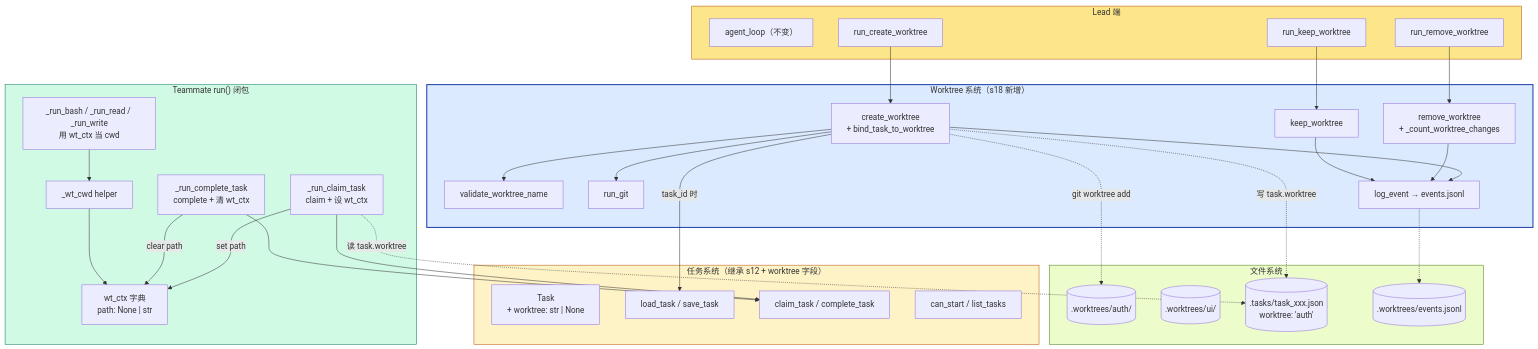
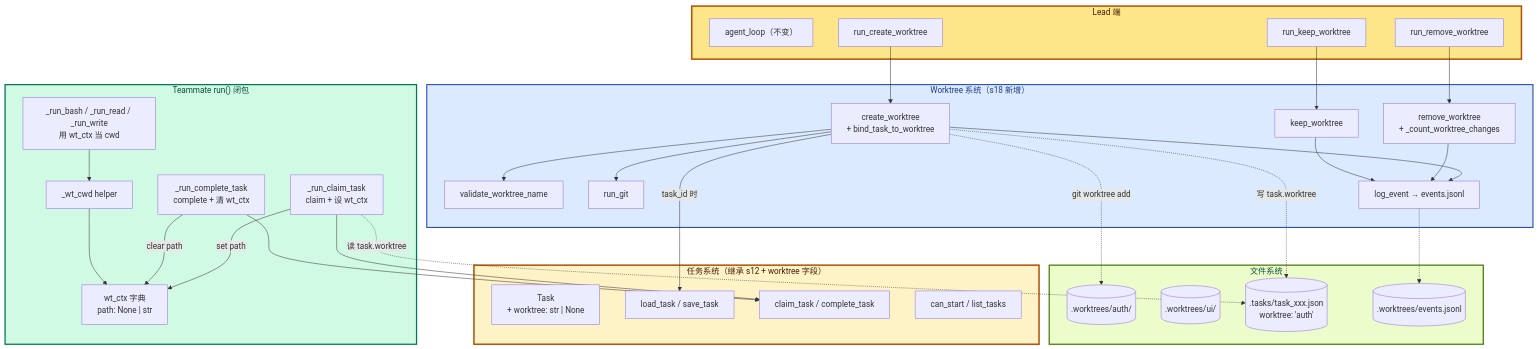
Before and after one commit to PyrePuin/From-Zero-LLM-Agent-Infra-Notes: the third of 4 diagrams in Agent/Harness/Claude Code/Phase 5 - 多智能体/18 - Worktree Isolation.md, drawn with Mermaid. The commit also changed other lines of this file and 23 other files, not shown here.

First line of the commit message:
refactor(mermaid): 统一所有图的视觉规范

````diff
--- a/Agent/Harness/Claude Code/Phase 5 - 多智能体/18 - Worktree Isolation.md
+++ b/Agent/Harness/Claude Code/Phase 5 - 多智能体/18 - Worktree Isolation.md
@@ -342,69 +344,70 @@
 ```mermaid
+%%{init: {'themeVariables': {'fontSize': '16px', 'fontFamily': 'ui-sans-serif, system-ui, -apple-system, "Segoe UI", Roboto, sans-serif'}}}%%
 flowchart TB
     subgraph TaskSys["任务系统（继承 s12 + worktree 字段）"]
         T1["Task<br/>+ worktree: str | None"]
         T2["load_task / save_task"]
         T3["claim_task / complete_task"]
         T4["can_start / list_tasks"]
     end
 
     subgraph WTSys["Worktree 系统（s18 新增）"]
         W1["validate_worktree_name"]
         W2["run_git"]
         W3["create_worktree<br/>+ bind_task_to_worktree"]
         W4["remove_worktree<br/>+ _count_worktree_changes"]
         W5["keep_worktree"]
         W6["log_event → events.jsonl"]
     end
 
     subgraph Lead["Lead 端"]
         L1["agent_loop（不变）"]
         L2["run_create_worktree"]
         L3["run_remove_worktree"]
         L4["run_keep_worktree"]
     end
 
     subgraph Teammate["Teammate run() 闭包"]
         R1["wt_ctx 字典<br/>path: None | str"]
         R2["_run_claim_task<br/>claim + 设 wt_ctx"]
         R3["_run_complete_task<br/>complete + 清 wt_ctx"]
         R4["_run_bash / _run_read / _run_write<br/>用 wt_ctx 当 cwd"]
         R5["_wt_cwd helper"]
     end
 
     subgraph FS["文件系统"]
         F1[(".worktrees/auth/")]
         F2[(".worktrees/ui/")]
         F3[(".tasks/task_xxx.json<br/>worktree: 'auth'")]
         F4[(".worktrees/events.jsonl")]
     end
 
     L2 --> W3
     L3 --> W4
     L4 --> W5
     W3 --> W1
     W3 --> W2
     W3 -->|"task_id 时"| T2
     W3 --> W6
     W4 --> W6
     W5 --> W6
 
     W3 -.->|"写 task.worktree"| F3
     W3 -.->|"git worktree add"| F1
     W6 -.-> F4
 
     R2 --> T3
     R2 -.->|"读 task.worktree"| F3
     R2 -->|"set path"| R1
     R3 --> T3
     R3 -->|"clear path"| R1
 
     R4 --> R5
     R5 --> R1
 
-    style TaskSys fill:#fef3c7,stroke:#b45309
-    style WTSys fill:#dbeafe,stroke:#1e40af,stroke-width:2px
-    style Lead fill:#fde68a,stroke:#b45309
-    style Teammate fill:#d1fae5,stroke:#047857
-    style FS fill:#ecfccb,stroke:#4d7c0f
+    style TaskSys fill:#fef3c7,stroke:#b45309,stroke-width:3px,color:#451a03
+    style WTSys fill:#dbeafe,stroke:#1e40af,stroke-width:2px,color:#1e3a8a
+    style Lead fill:#fde68a,stroke:#b45309,stroke-width:3px,color:#451a03
+    style Teammate fill:#d1fae5,stroke:#047857,stroke-width:2.5px,color:#064e3b
+    style FS fill:#ecfccb,stroke:#4d7c0f,stroke-width:2.5px,color:#064e3b
 ```
````
